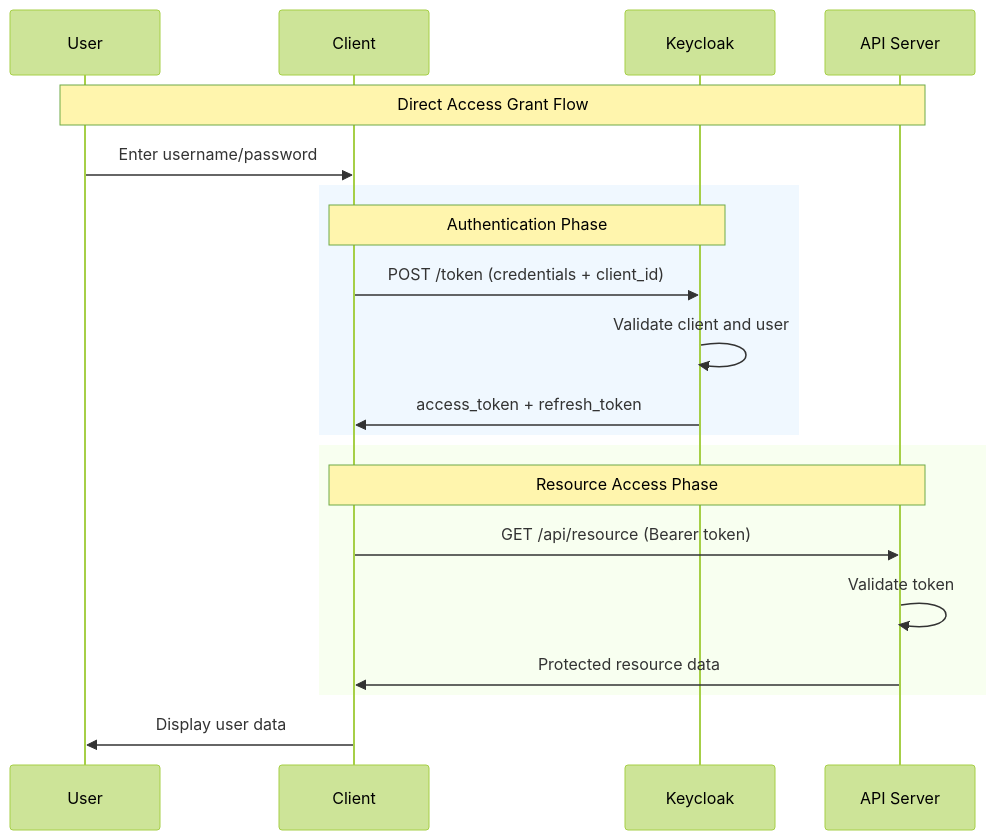
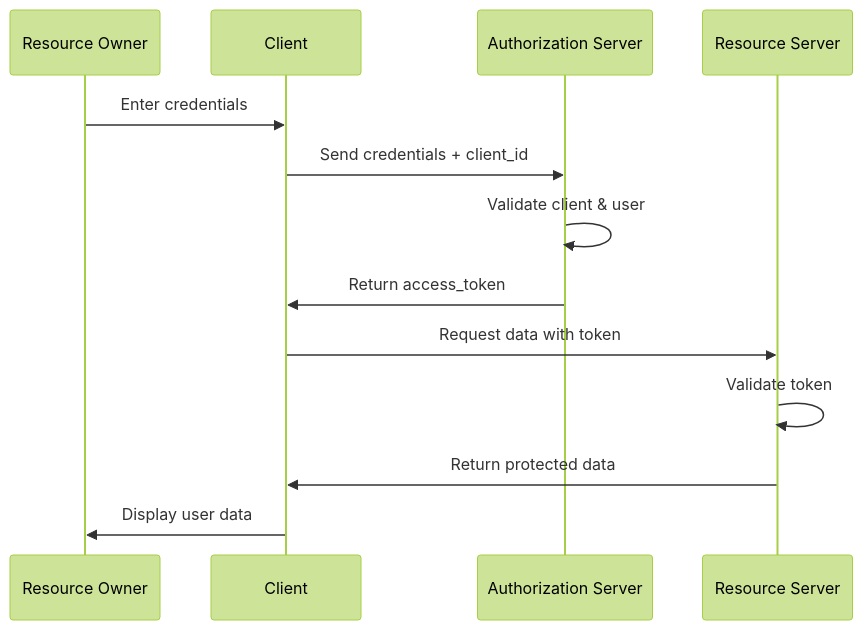
Before and after one commit to lele-maxwell/adorsys-gis-blog3: the fifth of 5 diagrams in docs/blog/direct-access-grant/slides.md, drawn with Mermaid (forest theme). The commit also changed other lines of this file, not shown here.

Commit message:
Fix slides.md file to have a better explanation of what the process and what it does and correct explanation of the Direct grant flow and use correct diagram syntax and format

````diff
--- a/docs/blog/direct-access-grant/slides.md
+++ b/docs/blog/direct-access-grant/slides.md
@@ -130,27 +133,16 @@
 ```mermaid
 sequenceDiagram
-    participant U as User
-    participant C as Client
-    participant K as Keycloak
-    participant A as API Server
+  participant RO as Resource Owner
+  participant C as Client
+  participant AS as Authorization Server
+  participant RS as Resource Server
 
-    Note over U,A: Direct Access Grant Flow
-
-    U->>C: Enter username/password
-    
-    rect rgb(240, 248, 255)
-        Note over C,K: Authentication Phase
-        C->>K: POST /token (credentials + client_id)
-        K->>K: Validate client and user
-        K->>C: access_token + refresh_token
-    end
-    
-    rect rgb(248, 255, 240)
-        Note over C,A: Resource Access Phase
-        C->>A: GET /api/resource (Bearer token)
-        A->>A: Validate token
-        A->>C: Protected resource data
-    end
-    
-    C->>U: Display user data
+  RO->>C: Enter credentials
+  C->>AS: Send credentials + client_id
+  AS->>AS: Validate client & user
+  AS->>C: Return access_token
+  C->>RS: Request data with token
+  RS->>RS: Validate token
+  RS->>C: Return protected data
+  C->>RO: Display user data
 ```
````
